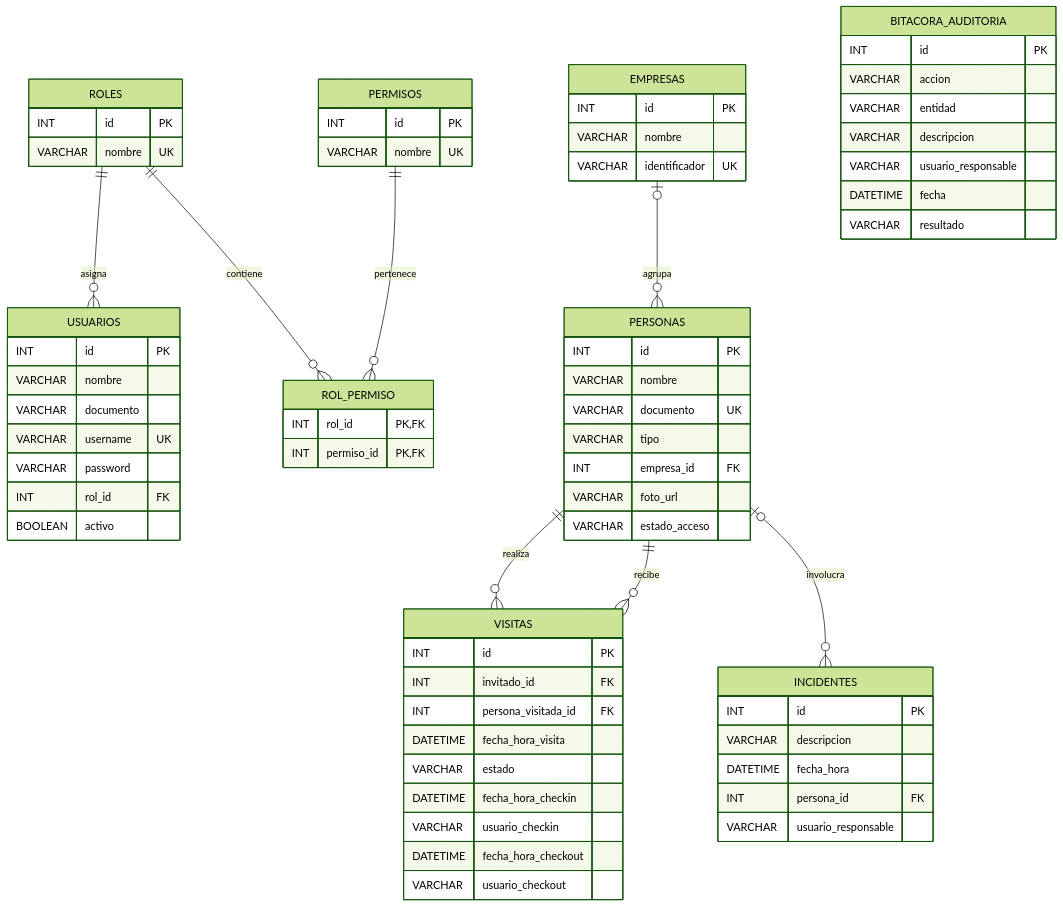
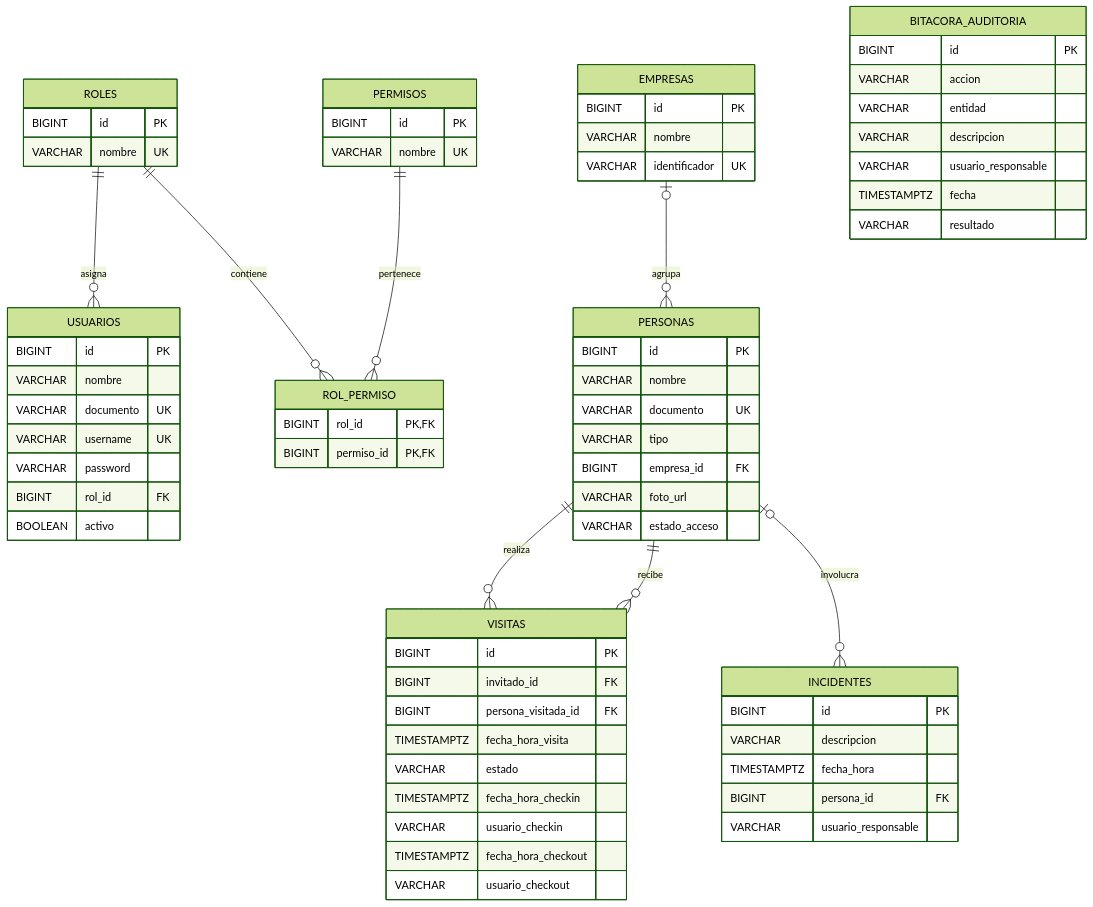
One commit to Juan2509/SICA changed the diagram in sica/README.md. Above: the diagram before and after it, drawn with Mermaid (forest theme). The commit also changed other lines of this file and 2 other files, not shown here.

Commit message:
feat: :sparkles: Implementación de base de datos con Postgres
Implementación de base de datos con Postgres

Implementación de base de datos con Postgres

````diff
--- a/sica/README.md
+++ b/sica/README.md
@@ -90,81 +92,81 @@
 ```mermaid
 erDiagram
     ROLES {
-        INT id PK
+        BIGINT id PK
         VARCHAR nombre UK
     }
 
     PERMISOS {
-        INT id PK
+        BIGINT id PK
         VARCHAR nombre UK
     }
 
     ROL_PERMISO {
-        INT rol_id PK, FK
-        INT permiso_id PK, FK
+        BIGINT rol_id PK, FK
+        BIGINT permiso_id PK, FK
     }
 
     USUARIOS {
-        INT id PK
+        BIGINT id PK
         VARCHAR nombre
-        VARCHAR documento
+        VARCHAR documento UK
         VARCHAR username UK
         VARCHAR password
-        INT rol_id FK
+        BIGINT rol_id FK
         BOOLEAN activo
     }
 
     EMPRESAS {
-        INT id PK
+        BIGINT id PK
         VARCHAR nombre
         VARCHAR identificador UK
     }
 
     PERSONAS {
-        INT id PK
+        BIGINT id PK
         VARCHAR nombre
         VARCHAR documento UK
         VARCHAR tipo
-        INT empresa_id FK
+        BIGINT empresa_id FK
         VARCHAR foto_url
         VARCHAR estado_acceso
     }
 
     VISITAS {
-        INT id PK
-        INT invitado_id FK
-        INT persona_visitada_id FK
-        DATETIME fecha_hora_visita
+        BIGINT id PK
+        BIGINT invitado_id FK
+        BIGINT persona_visitada_id FK
+        TIMESTAMPTZ fecha_hora_visita
         VARCHAR estado
-        DATETIME fecha_hora_checkin
+        TIMESTAMPTZ fecha_hora_checkin
         VARCHAR usuario_checkin
-        DATETIME fecha_hora_checkout
+        TIMESTAMPTZ fecha_hora_checkout
         VARCHAR usuario_checkout
     }
 
     INCIDENTES {
-        INT id PK
+        BIGINT id PK
         VARCHAR descripcion
-        DATETIME fecha_hora
-        INT persona_id FK
+        TIMESTAMPTZ fecha_hora
+        BIGINT persona_id FK
         VARCHAR usuario_responsable
     }
 
     BITACORA_AUDITORIA {
-        INT id PK
+        BIGINT id PK
         VARCHAR accion
         VARCHAR entidad
         VARCHAR descripcion
         VARCHAR usuario_responsable
-        DATETIME fecha
+        TIMESTAMPTZ fecha
         VARCHAR resultado
     }
 
     ROLES ||--o{ USUARIOS : asigna
     ROLES ||--o{ ROL_PERMISO : contiene
     PERMISOS ||--o{ ROL_PERMISO : pertenece
     EMPRESAS o|--o{ PERSONAS : agrupa
     PERSONAS ||--o{ VISITAS : realiza
     PERSONAS ||--o{ VISITAS : recibe
     PERSONAS o|--o{ INCIDENTES : involucra
 ```
````
